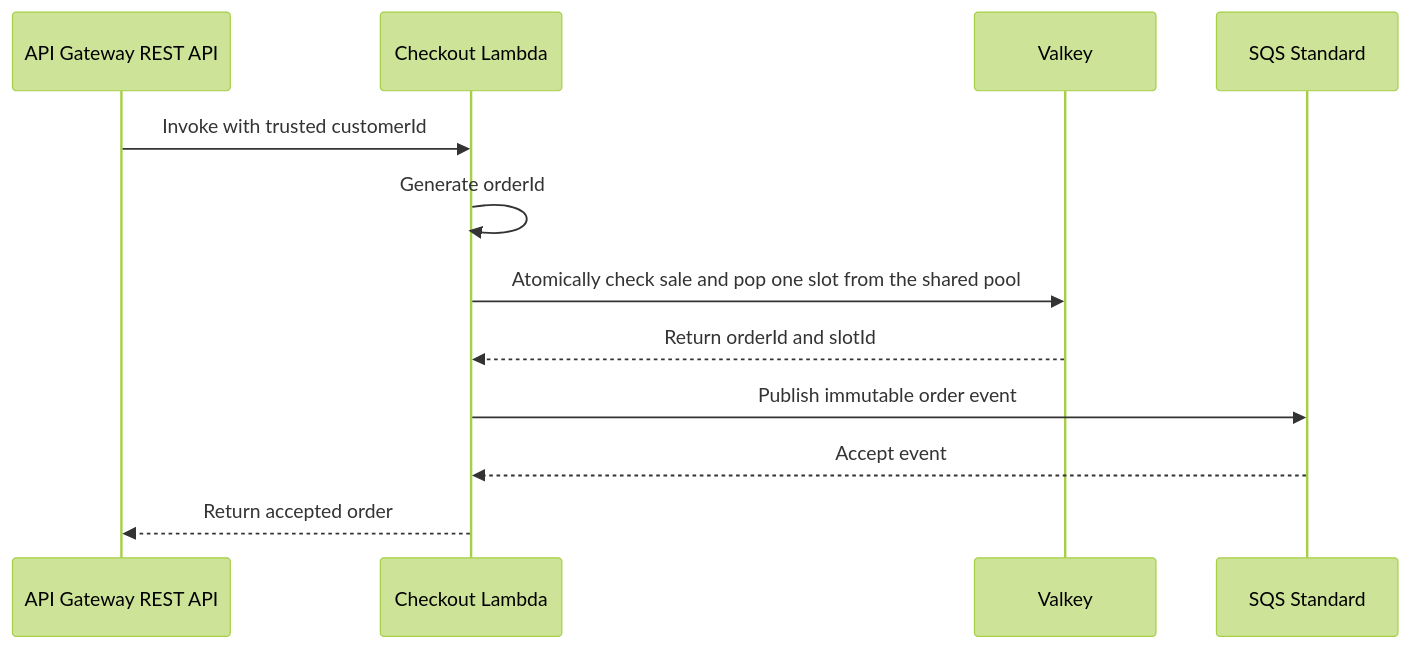
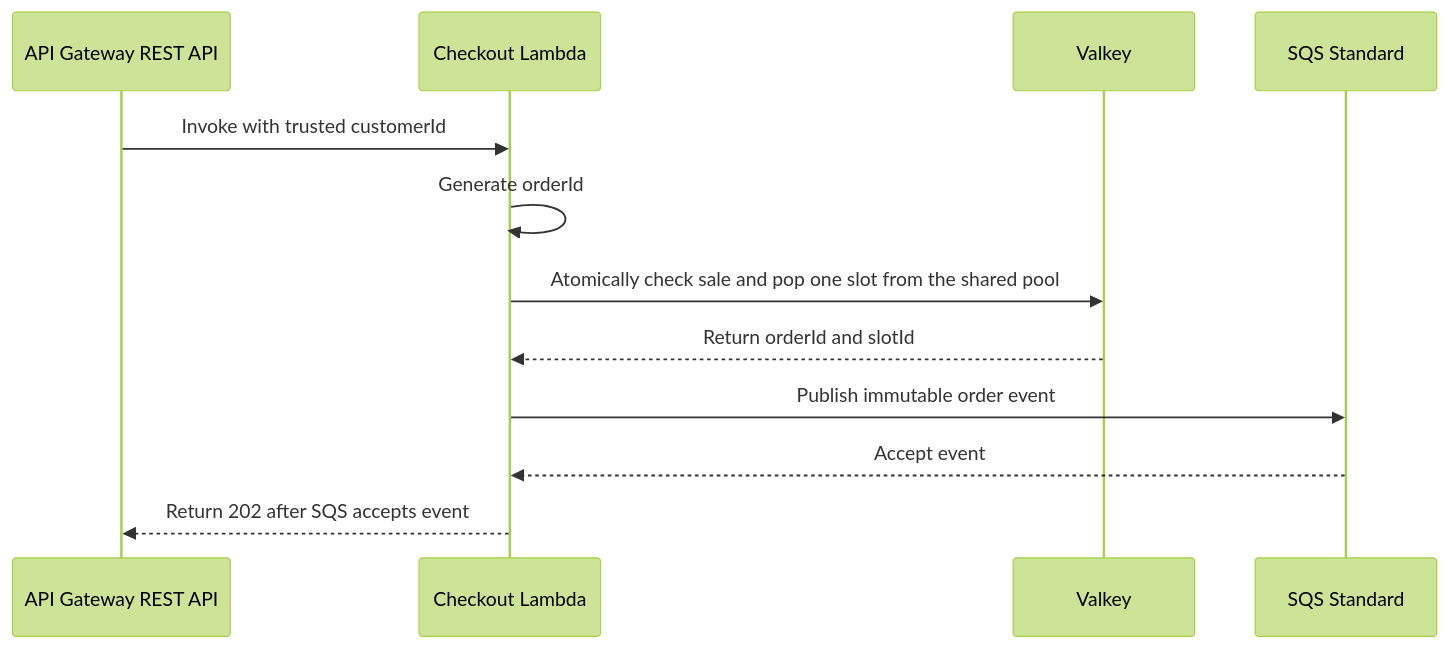
One commit to rantingmong/bookipi-test changed the first of 2 diagrams in docs/checkout.md. Above: the diagram before and after it, drawn with Mermaid (forest theme). The commit also changed other lines of this file and 41 other files, not shown here.

````diff
--- a/docs/checkout.md
+++ b/docs/checkout.md
@@ -11,14 +11,14 @@
 ```mermaid
 sequenceDiagram
     participant A as API Gateway REST API
     participant L as Checkout Lambda
     participant V as Valkey
     participant Q as SQS Standard
     A->>L: Invoke with trusted customerId
     L->>L: Generate orderId
     L->>V: Atomically check sale and pop one slot from the shared pool
     V-->>L: Return orderId and slotId
     L->>Q: Publish immutable order event
     Q-->>L: Accept event
-    L-->>A: Return accepted order
+    L-->>A: Return 202 after SQS accepts event
 ```
````
